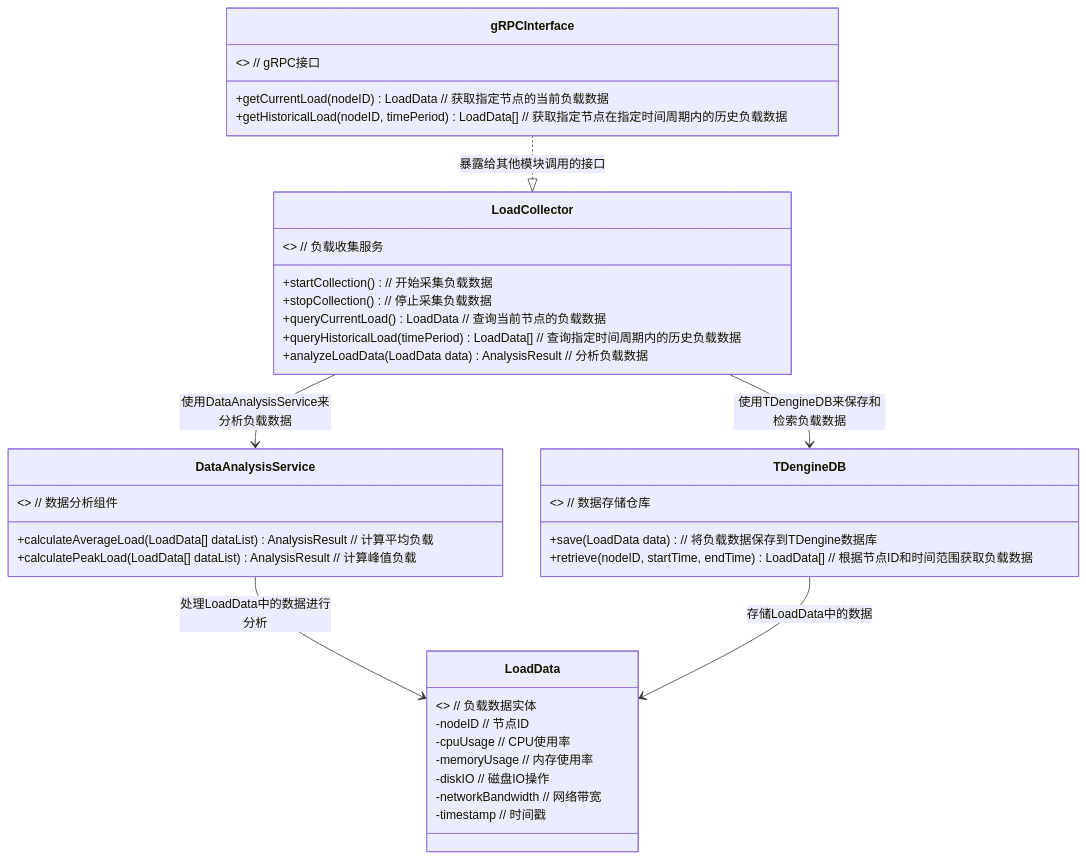
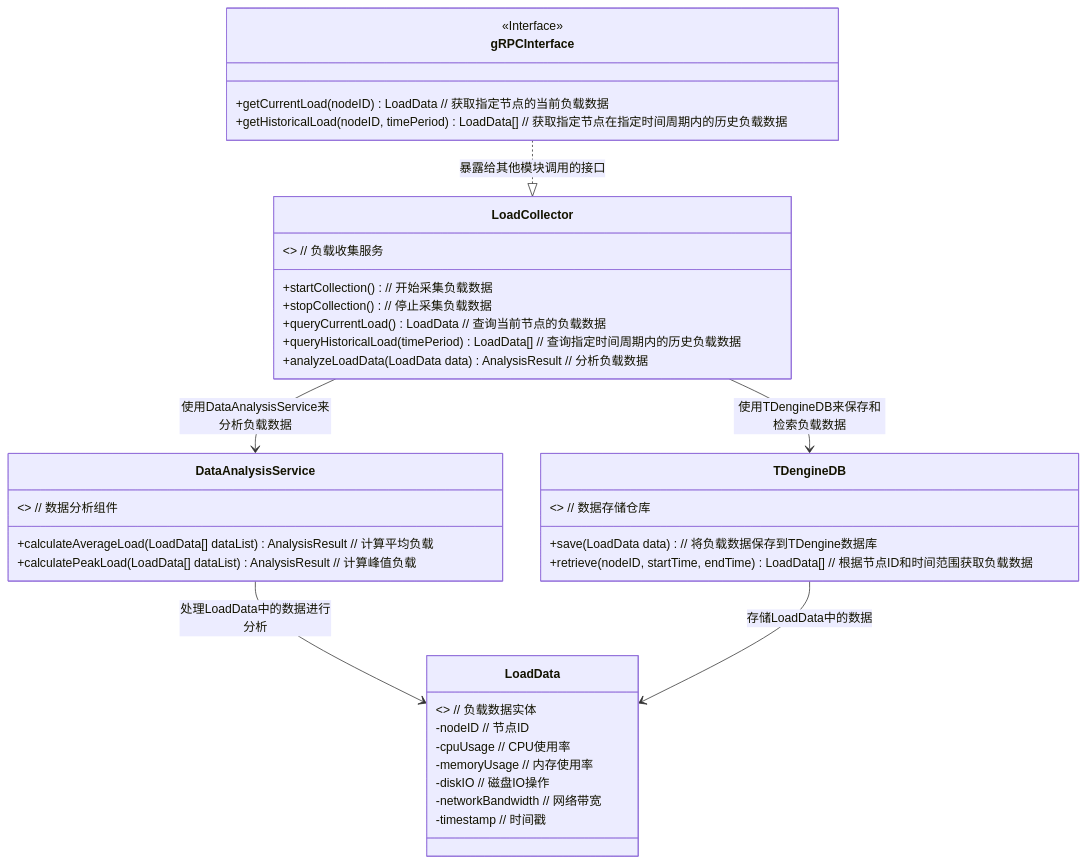
The diagram in all/未命名.md (jjj960/iodraw-files), drawn with Mermaid before and after one commit.

Commit message:
2025-03-06 17:01:52 update

````diff
--- a/all/未命名.md
+++ b/all/未命名.md
@@ -1,46 +1,46 @@
 ```mermaid
 classDiagram
     class LoadCollector {
         <<Service>>  // 负载收集服务
         +startCollection()  // 开始采集负载数据
         +stopCollection()  // 停止采集负载数据
         +queryCurrentLoad() LoadData  // 查询当前节点的负载数据
         +queryHistoricalLoad(timePeriod) LoadData[]  // 查询指定时间周期内的历史负载数据
         +analyzeLoadData(LoadData data) AnalysisResult  // 分析负载数据
     }
 
     class LoadData {
         <<Entity>>  // 负载数据实体
         -nodeID  // 节点ID
         -cpuUsage  // CPU使用率
         -memoryUsage  // 内存使用率
         -diskIO  // 磁盘IO操作
         -networkBandwidth  // 网络带宽
         -timestamp  // 时间戳
     }
 
     class TDengineDB {
         <<Repository>>  // 数据存储仓库
         +save(LoadData data)  // 将负载数据保存到TDengine数据库
         +retrieve(nodeID, startTime, endTime) LoadData[]  // 根据节点ID和时间范围获取负载数据
     }
 
     class DataAnalysisService {
         <<Component>>  // 数据分析组件
         +calculateAverageLoad(LoadData[] dataList) AnalysisResult  // 计算平均负载
         +calculatePeakLoad(LoadData[] dataList) AnalysisResult  // 计算峰值负载
     }
 
     LoadCollector --> TDengineDB : 使用TDengineDB来保存和检索负载数据
     LoadCollector --> DataAnalysisService : 使用DataAnalysisService来分析负载数据
     DataAnalysisService --> LoadData : 处理LoadData中的数据进行分析
     TDengineDB --> LoadData : 存储LoadData中的数据
 
     class gRPCInterface {
-        <<Interface>>  // gRPC接口
+        <<Interface>>  
         +getCurrentLoad(nodeID) LoadData  // 获取指定节点的当前负载数据
         +getHistoricalLoad(nodeID, timePeriod) LoadData[]  // 获取指定节点在指定时间周期内的历史负载数据
     }
 
     gRPCInterface ..|> LoadCollector : 暴露给其他模块调用的接口
 ```
````
